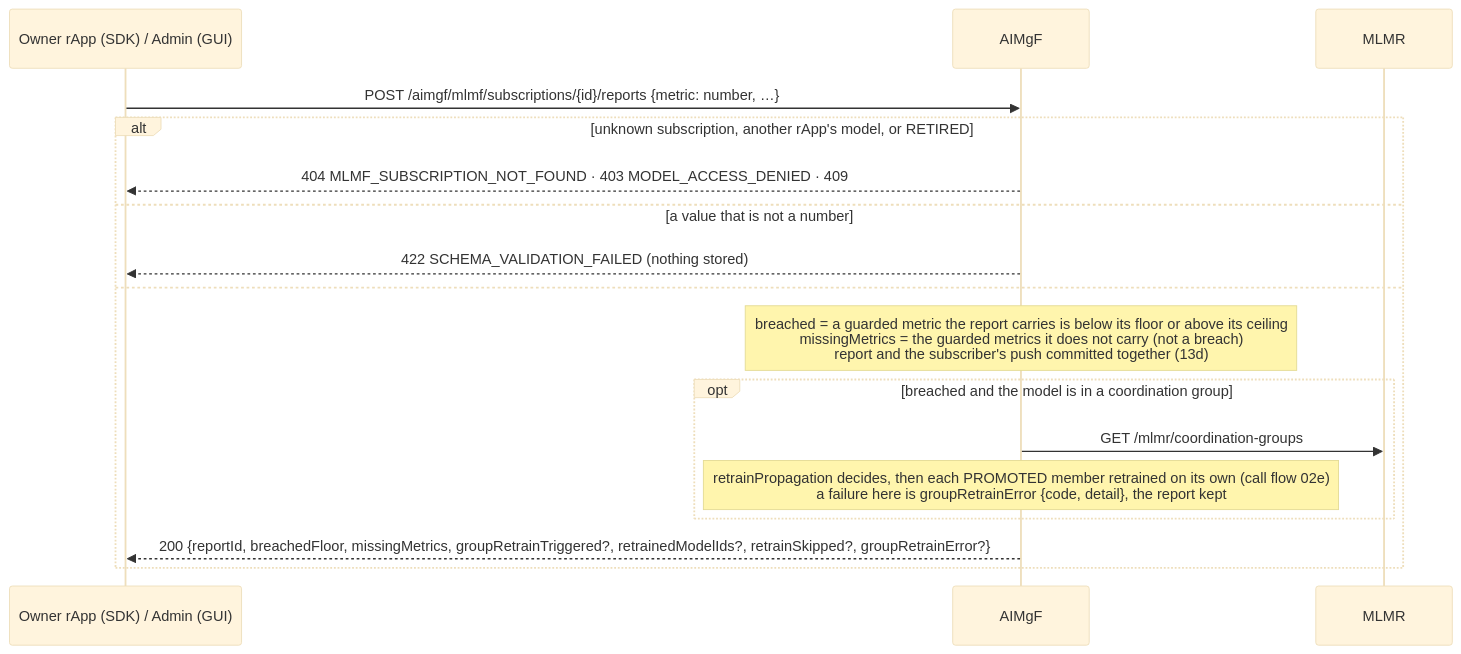
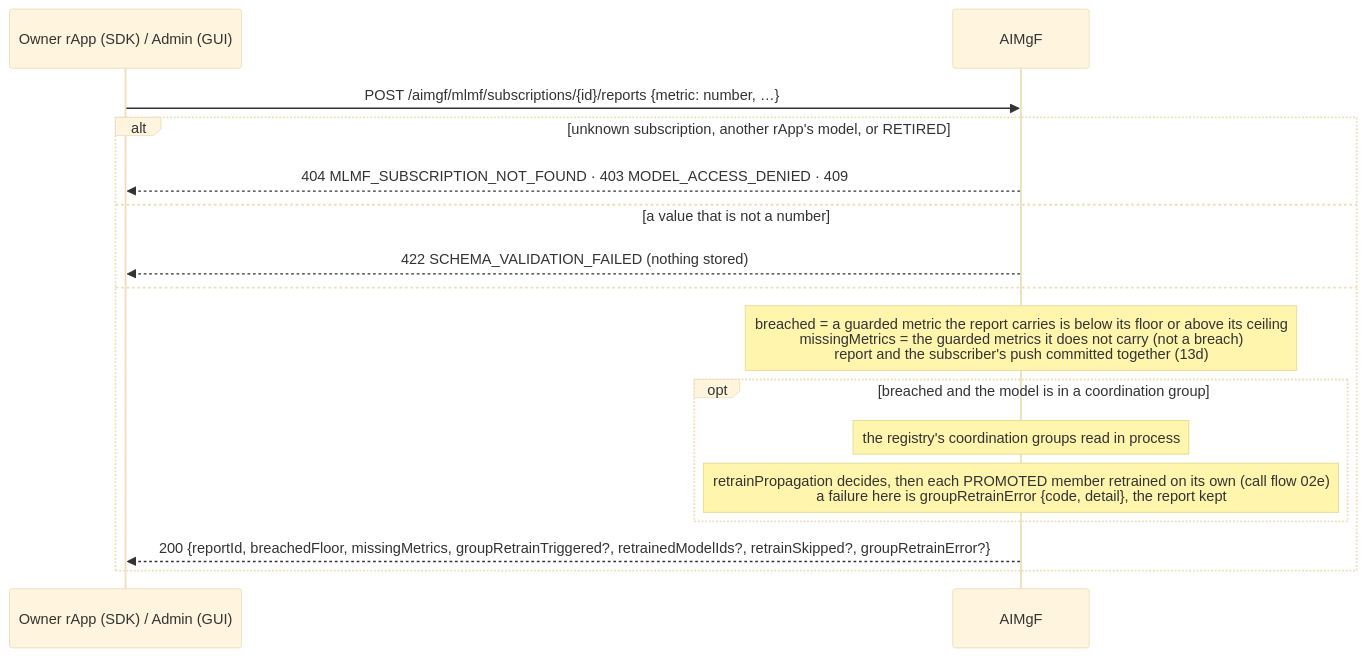
Before and after one commit to rsys-bshankar/ai-ran-smo: the second of 4 diagrams in smo/docs/call-flows/13-mlmf-subscription-lifecycle.md, drawn with Mermaid (base theme). The commit also changed other lines of this file and 265 other files, not shown here.

````diff
--- a/smo/docs/call-flows/13-mlmf-subscription-lifecycle.md
+++ b/smo/docs/call-flows/13-mlmf-subscription-lifecycle.md
@@ -62,20 +61,19 @@
 ```mermaid
 sequenceDiagram
     participant P as Owner rApp (SDK) / Admin (GUI)
     participant AIM as AIMgF
-    participant MLMR as MLMR
 
     P->>AIM: POST /aimgf/mlmf/subscriptions/{id}/reports {metric: number, …}
     alt unknown subscription, another rApp's model, or RETIRED
         AIM-->>P: 404 MLMF_SUBSCRIPTION_NOT_FOUND · 403 MODEL_ACCESS_DENIED · 409
     else a value that is not a number
         AIM-->>P: 422 SCHEMA_VALIDATION_FAILED (nothing stored)
     else
         Note over AIM: breached = a guarded metric the report carries is below its floor or above its ceiling<br/>missingMetrics = the guarded metrics it does not carry (not a breach)<br/>report and the subscriber's push committed together (13d)
         opt breached and the model is in a coordination group
-            AIM->>MLMR: GET /mlmr/coordination-groups
+            Note over AIM: the registry's coordination groups read in process
             Note over AIM: retrainPropagation decides, then each PROMOTED member retrained on its own (call flow 02e)<br/>a failure here is groupRetrainError {code, detail}, the report kept
         end
         AIM-->>P: 200 {reportId, breachedFloor, missingMetrics, groupRetrainTriggered?, retrainedModelIds?, retrainSkipped?, groupRetrainError?}
     end
 ```
````
